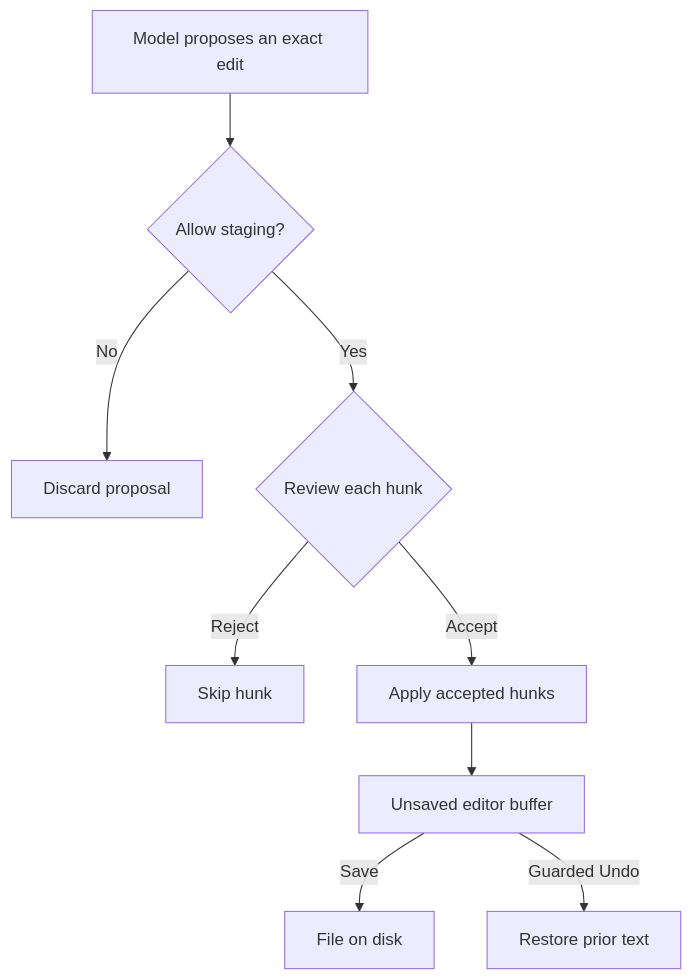
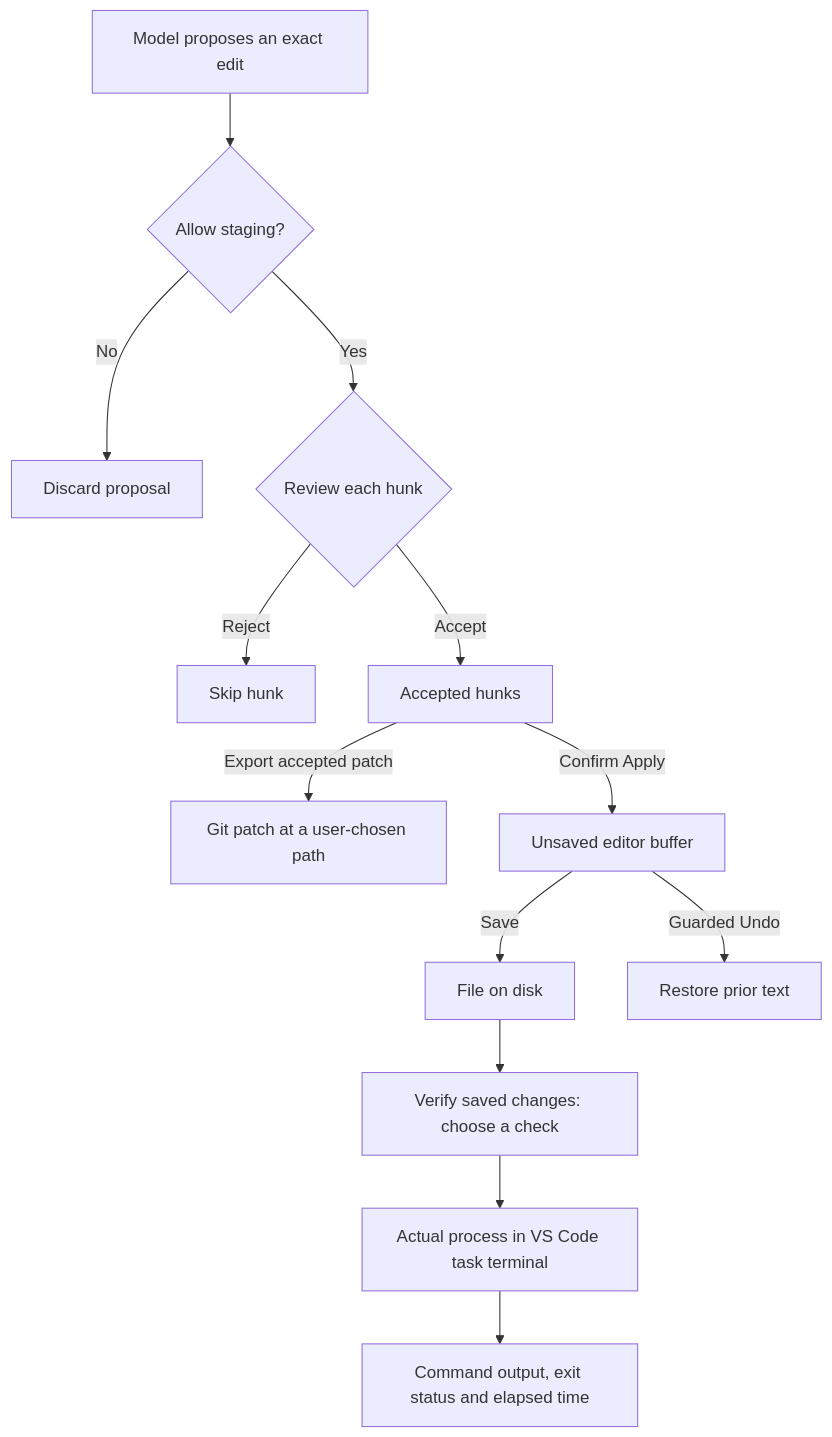
One commit to aceholland/forgelens changed the second of 2 diagrams in README.md. Above: the diagram before and after it, drawn with Mermaid. The commit also changed other lines of this file and 1 other file, not shown here.

````diff
--- a/README.md
+++ b/README.md
@@ -64,11 +74,15 @@
 ```mermaid
 flowchart TD
     Request["Model proposes an exact edit"] --> Stage{"Allow staging?"}
     Stage -->|No| Drop["Discard proposal"]
     Stage -->|Yes| Review{"Review each hunk"}
     Review -->|Reject| Skip["Skip hunk"]
-    Review -->|Accept| Apply["Apply accepted hunks"]
-    Apply --> Buffer["Unsaved editor buffer"]
+    Review -->|Accept| Accepted["Accepted hunks"]
+    Accepted -->|Export accepted patch| Patch["Git patch at a user-chosen path"]
+    Accepted -->|Confirm Apply| Buffer["Unsaved editor buffer"]
     Buffer -->|Save| Disk["File on disk"]
     Buffer -->|Guarded Undo| Restore["Restore prior text"]
+    Disk --> Verify["Verify saved changes: choose a check"]
+    Verify --> Terminal["Actual process in VS Code task terminal"]
+    Terminal --> Result["Command output, exit status and elapsed time"]
 ```
````
